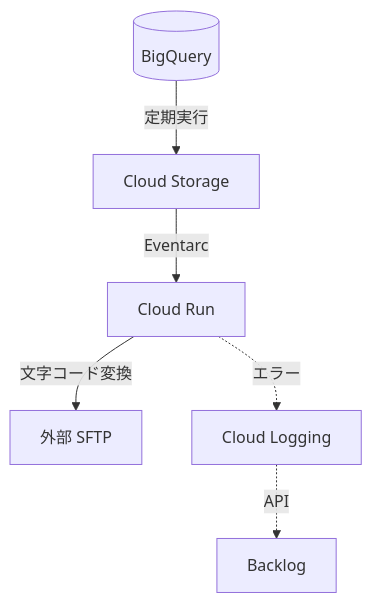
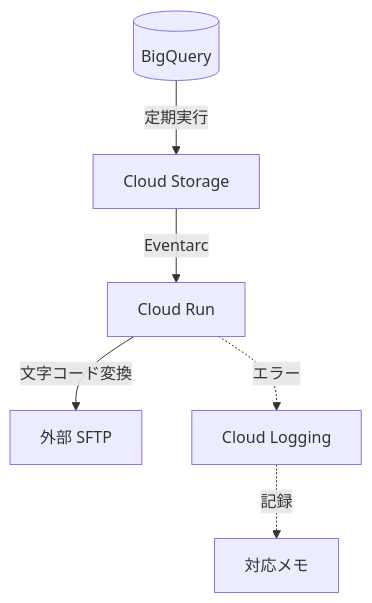
The second of 2 diagrams in projects/01_cloud_native_architecture/README.md (conti0513/development_public), drawn with Mermaid before and after one commit. The commit also changed other lines of this file and 5 other files, not shown here.

````diff
--- a/projects/01_cloud_native_architecture/README.md
+++ b/projects/01_cloud_native_architecture/README.md
@@ -90,8 +88,8 @@
 ```mermaid
 graph TD
     BQ[(BigQuery)] -->|定期実行| GCS[Cloud Storage]
     GCS -->|Eventarc| CR[Cloud Run]
     CR -->|文字コード変換| SFTP[外部 SFTP]
     CR -.->|エラー| LOG[Cloud Logging]
-    LOG -.->|API| BL[Backlog]
+    LOG -.->|記録| NOTE[対応メモ]
 ```
````
